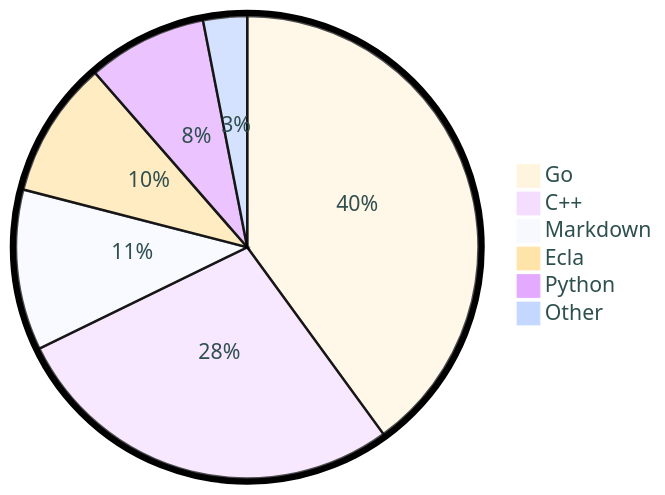
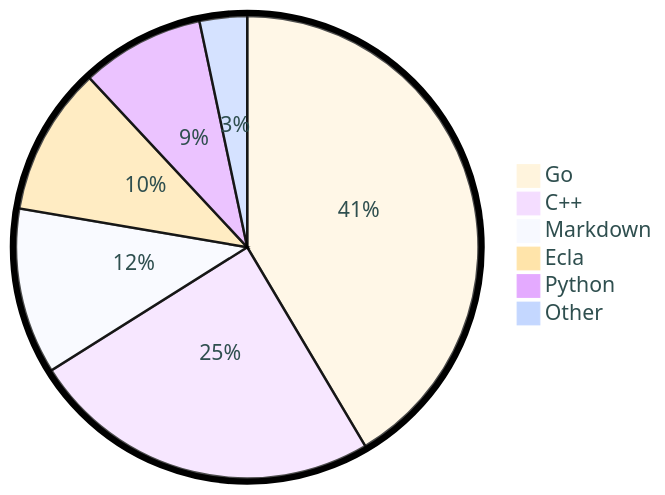
The diagram in README.md (tot0p/tot0p), drawn with Mermaid before and after one commit. The commit also changed other lines of this file, not shown here.

````diff
--- a/README.md
+++ b/README.md
@@ -84,10 +84,10 @@
 ```mermaid
 %%{init: {"pie": {"textPosition": 0.5}, "themeVariables": {"pieOuterStrokeWidth": "5px","primaryTextColor" : "#2F4F4F"},"theme":"base"} }%%
 pie
-	"Go": 39.98
-	"C++": 27.81
-	"Markdown": 11.23
-	"Ecla": 9.57
-	"Python": 8.35
-	"Other": 3.0699999999999994
+	"Go": 41.47
+	"C++": 24.59
+	"Markdown": 11.62
+	"Ecla": 10.37
+	"Python": 8.62
+	"Other": 3.32
 ```
````
